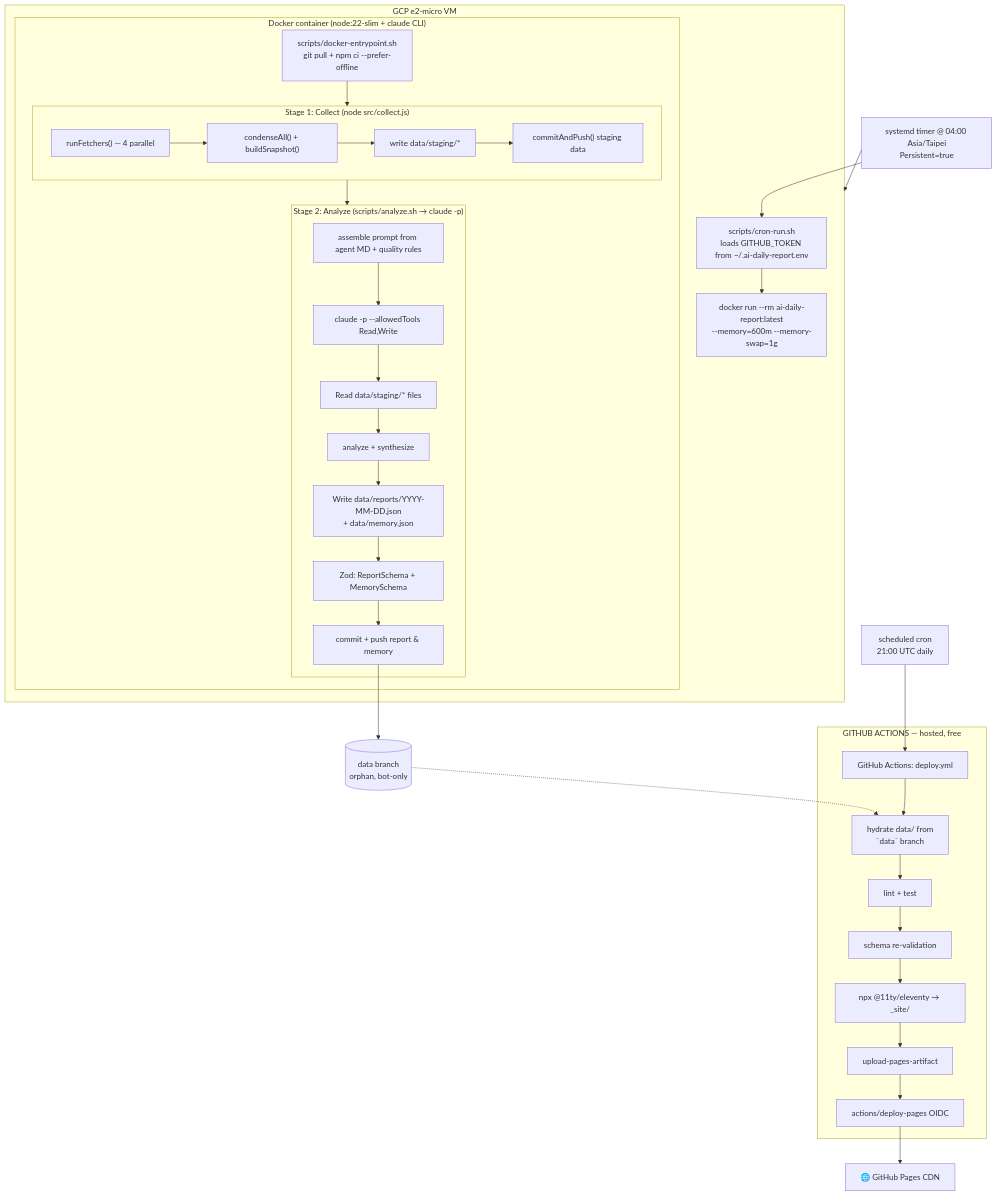
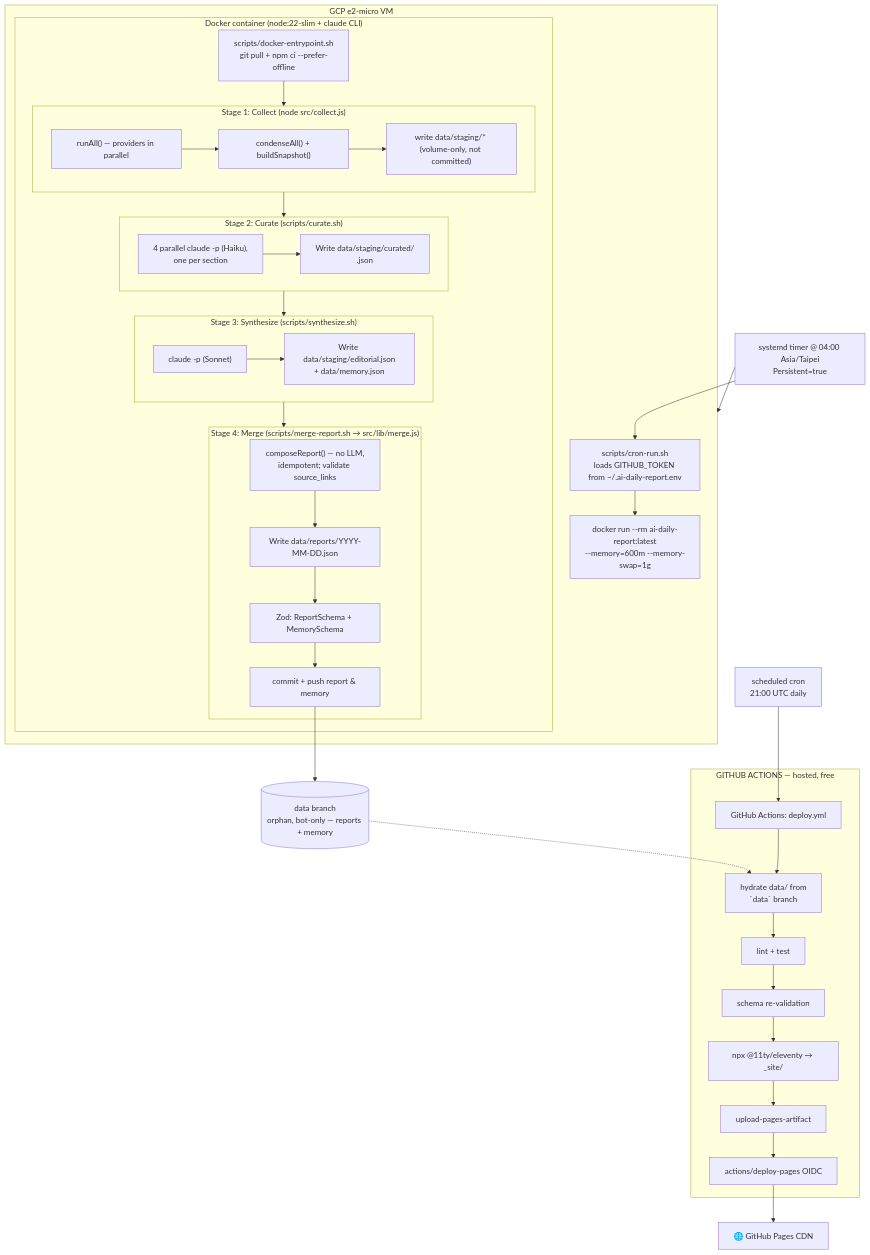
Before and after one commit to bolin8017/ai-daily-report: the first of 3 diagrams in docs/architecture.md, drawn with Mermaid. The commit also changed other lines of this file and 6 other files, not shown here.

First line of the commit message:
docs: sync all docs to post-cutover architecture (#41)

````diff
--- a/docs/architecture.md
+++ b/docs/architecture.md
@@ -17,50 +17,58 @@
 ```mermaid
 flowchart TD
   Timer["systemd timer @ 04:00 Asia/Taipei<br/>Persistent=true"] --> Host
 
   subgraph Host["GCP e2-micro VM"]
     CronRun["scripts/cron-run.sh<br/>loads GITHUB_TOKEN from ~/.ai-daily-report.env"]
     CronRun --> Docker["docker run --rm ai-daily-report:latest<br/>--memory=600m --memory-swap=1g"]
 
     subgraph Container["Docker container (node:22-slim + claude CLI)"]
       Entry["scripts/docker-entrypoint.sh<br/>git pull + npm ci --prefer-offline"]
 
       subgraph Stage1["Stage 1: Collect (node src/collect.js)"]
-        Fetch["runFetchers() — 4 parallel"]
+        Fetch["runAll() — providers in parallel"]
         Fetch --> Condense["condenseAll() + buildSnapshot()"]
-        Condense --> WriteStaging["write data/staging/*"]
-        WriteStaging --> CommitStaging["commitAndPush() staging data"]
+        Condense --> WriteStaging["write data/staging/* (volume-only, not committed)"]
       end
 
-      subgraph Stage2["Stage 2: Analyze (scripts/analyze.sh → claude -p)"]
-        Prompt["assemble prompt from agent MD + quality rules"]
-        Prompt --> ClaudeP["claude -p --allowedTools Read,Write"]
-        ClaudeP --> ReadStaging["Read data/staging/* files"]
-        ReadStaging --> Analyze["analyze + synthesize"]
-        Analyze --> WriteReport["Write data/reports/YYYY-MM-DD.json\n+ data/memory.json"]
+      subgraph Stage2["Stage 2: Curate (scripts/curate.sh)"]
+        Curate["4 parallel claude -p (Haiku),<br/>one per section"]
+        Curate --> WriteCurated["Write data/staging/curated/<section>.json"]
+      end
+
+      subgraph Stage3["Stage 3: Synthesize (scripts/synthesize.sh)"]
+        Synth["claude -p (Sonnet)"]
+        Synth --> WriteEditorial["Write data/staging/editorial.json\n+ data/memory.json"]
+      end
+
+      subgraph Stage4["Stage 4: Merge (scripts/merge-report.sh → src/lib/merge.js)"]
+        Compose["composeReport() — no LLM,<br/>idempotent; validate source_links"]
+        Compose --> WriteReport["Write data/reports/YYYY-MM-DD.json"]
         WriteReport --> Validate["Zod: ReportSchema + MemorySchema"]
         Validate --> CommitReport["commit + push report & memory"]
       end
 
       Entry --> Stage1
       Stage1 --> Stage2
+      Stage2 --> Stage3
+      Stage3 --> Stage4
     end
   end
 
   Timer --> CronRun
-  CommitReport --> DataBranch[(data branch<br/>orphan, bot-only)]
+  CommitReport --> DataBranch[(data branch<br/>orphan, bot-only — reports + memory)]
 
   GHACron[scheduled cron<br/>21:00 UTC daily] --> GHA[GitHub Actions: deploy.yml]
 
   subgraph GHACI["GITHUB ACTIONS — hosted, free"]
     GHA --> Hydrate[hydrate data/ from<br/>`data` branch]
     Hydrate --> Lint[lint + test]
     Lint --> RevValidate[schema re-validation]
     RevValidate --> Build[npx @11ty/eleventy → _site/]
     Build --> Upload[upload-pages-artifact]
     Upload --> Deploy[actions/deploy-pages OIDC]
   end
 
   DataBranch -.-> Hydrate
   Deploy --> Pages[🌐 GitHub Pages CDN]
 ```
````
